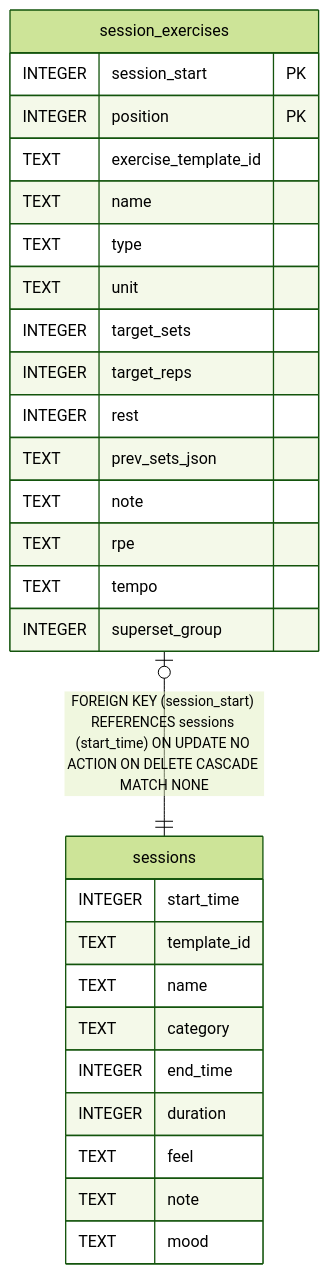
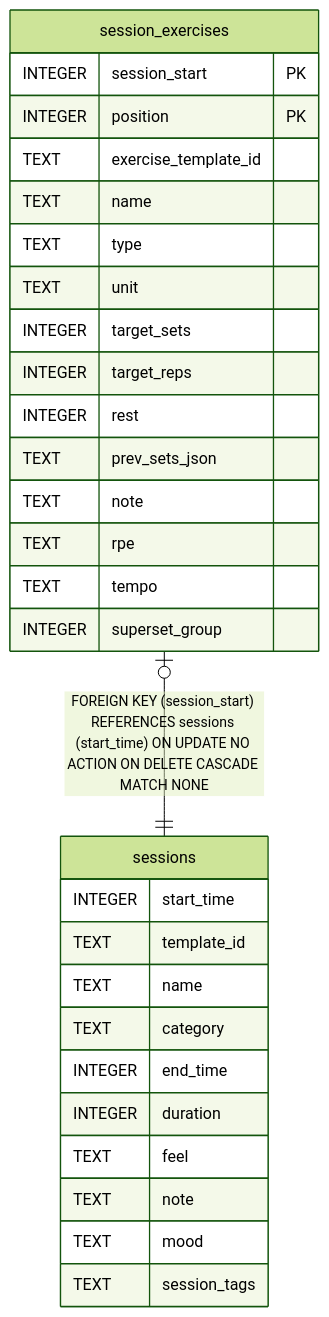
The diagram in docs/schema/user/sessions.md (wilburwing-art/phase-training2), drawn with Mermaid (forest theme) before and after one commit. The commit also changed other lines of this file and 40 other files, not shown here.

````diff
--- a/docs/schema/user/sessions.md
+++ b/docs/schema/user/sessions.md
@@ -54,33 +55,34 @@
 ```mermaid
 erDiagram
 
 "session_exercises" |o--|| "sessions" : "FOREIGN KEY (session_start) REFERENCES sessions (start_time) ON UPDATE NO ACTION ON DELETE CASCADE MATCH NONE"
 
 "sessions" {
   INTEGER start_time
   TEXT template_id
   TEXT name
   TEXT category
   INTEGER end_time
   INTEGER duration
   TEXT feel
   TEXT note
   TEXT mood
+  TEXT session_tags
 }
 "session_exercises" {
   INTEGER session_start PK
   INTEGER position PK
   TEXT exercise_template_id
   TEXT name
   TEXT type
   TEXT unit
   INTEGER target_sets
   INTEGER target_reps
   INTEGER rest
   TEXT prev_sets_json
   TEXT note
   TEXT rpe
   TEXT tempo
   INTEGER superset_group
 }
 ```
````
